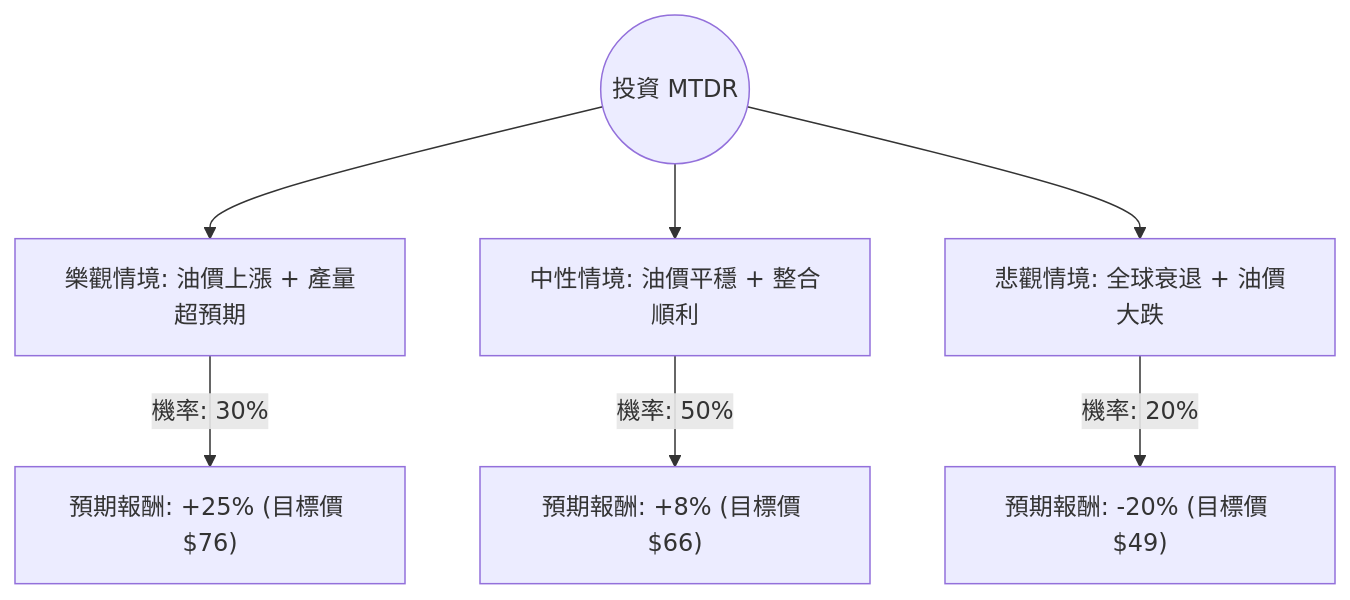
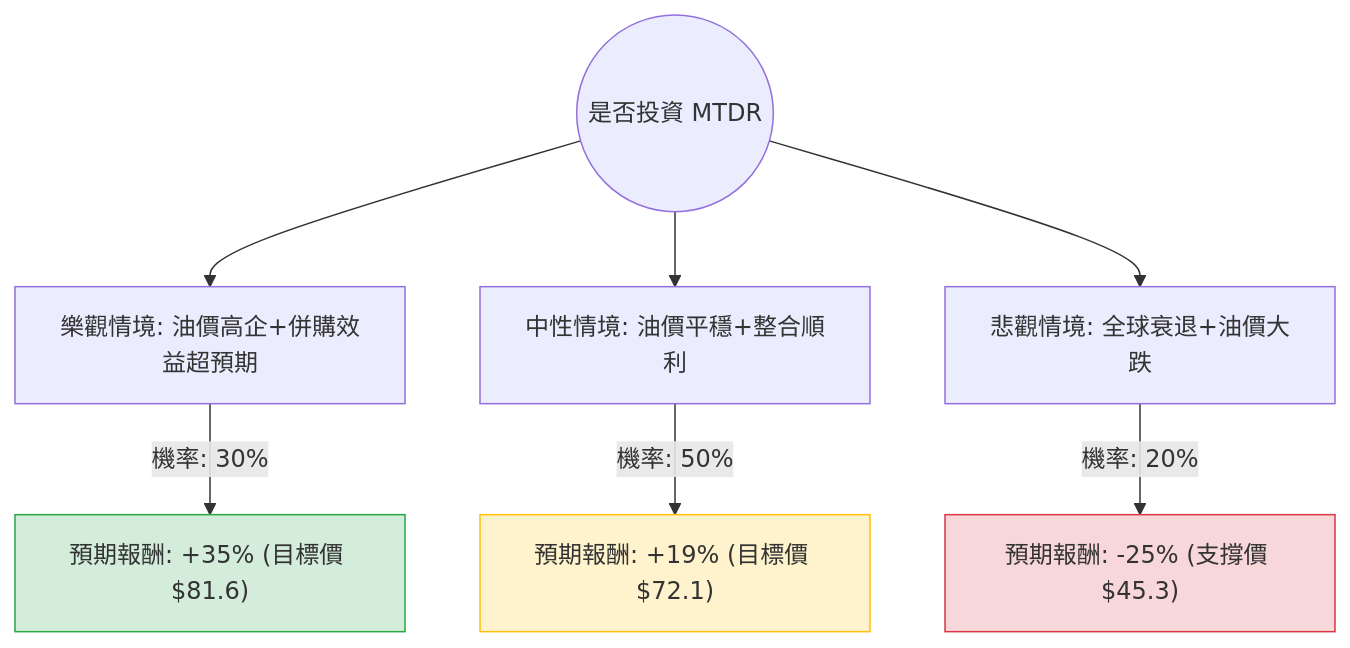
The diagram in plugin-react/ai-analysis/ev-analysis/MTDR.md (zmcx16/zmcx16.github.io), drawn with Mermaid before and after one commit. The commit also changed other lines of this file and 81 other files, not shown here.

````diff
--- a/plugin-react/ai-analysis/ev-analysis/MTDR.md
+++ b/plugin-react/ai-analysis/ev-analysis/MTDR.md
@@ -20,10 +19,14 @@
 ```mermaid
 graph TD
-    Start((投資 MTDR)) --> Bull[樂觀情境: 油價上漲 + 產量超預期]
-    Start --> Base[中性情境: 油價平穩 + 整合順利]
-    Start --> Bear[悲觀情境: 全球衰退 + 油價大跌]
+    Start((是否投資 MTDR)) --> Bull[樂觀情境: 油價高企+併購效益超預期]
+    Start --> Base[中性情境: 油價平穩+整合順利]
+    Start --> Bear[悲觀情境: 全球衰退+油價大跌]
 
-    Bull -- "機率: 30%" --> BullVal["預期報酬: +25% (目標價 $76)"]
-    Base -- "機率: 50%" --> BaseVal["預期報酬: +8% (目標價 $66)"]
-    Bear -- "機率: 20%" --> BearVal["預期報酬: -20% (目標價 $49)"]
+    Bull -- "機率: 30%" --> BullVal["預期報酬: +35% (目標價 $81.6)"]
+    Base -- "機率: 50%" --> BaseVal["預期報酬: +19% (目標價 $72.1)"]
+    Bear -- "機率: 20%" --> BearVal["預期報酬: -25% (支撐價 $45.3)"]
+
+    style BullVal fill:#d4edda,stroke:#28a745
+    style BaseVal fill:#fff3cd,stroke:#ffc107
+    style BearVal fill:#f8d7da,stroke:#dc3545
 ```
````
